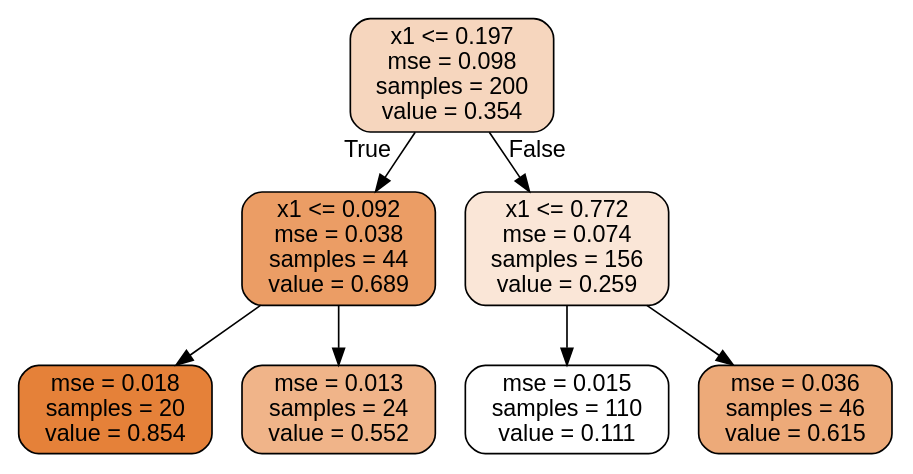
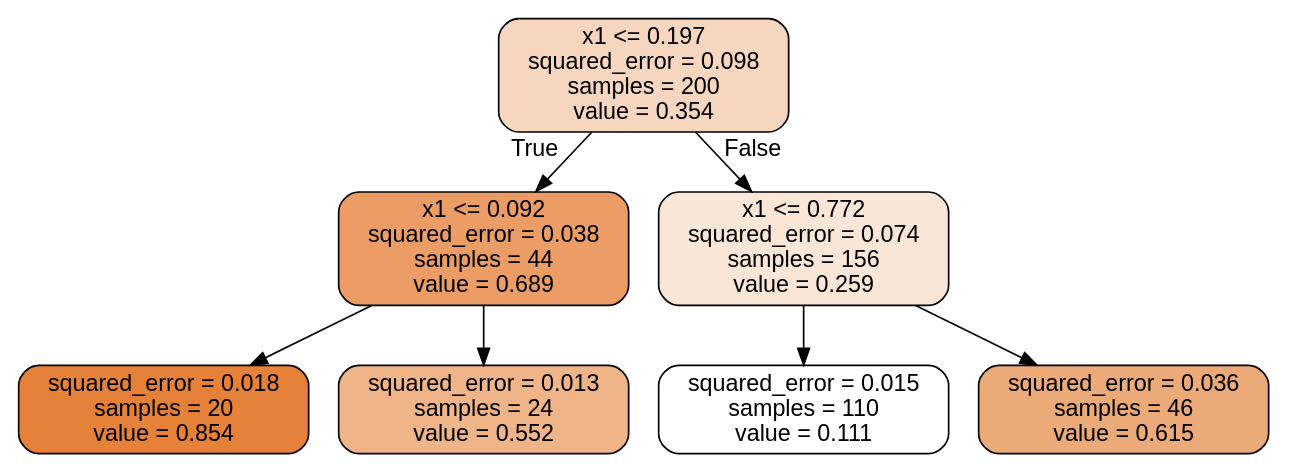
One commit to jy12060026ai/excss-stats changed the diagram in handson/data/reg_tree.dot. Above: the diagram before and after it, drawn with Graphviz. The commit also changed 3 other files, not shown here.

```diff
--- a/handson/data/reg_tree.dot
+++ b/handson/data/reg_tree.dot
@@ -1,17 +1,17 @@
 digraph Tree {
-node [shape=box, style="filled, rounded", color="black", fontname=helvetica] ;
-edge [fontname=helvetica] ;
-0 [label="x1 <= 0.197\nmse = 0.098\nsamples = 200\nvalue = 0.354", fillcolor="#f6d6be"] ;
-1 [label="x1 <= 0.092\nmse = 0.038\nsamples = 44\nvalue = 0.689", fillcolor="#eb9d65"] ;
+node [shape=box, style="filled, rounded", color="black", fontname="helvetica"] ;
+edge [fontname="helvetica"] ;
+0 [label="x1 <= 0.197\nsquared_error = 0.098\nsamples = 200\nvalue = 0.354", fillcolor="#f6d6be"] ;
+1 [label="x1 <= 0.092\nsquared_error = 0.038\nsamples = 44\nvalue = 0.689", fillcolor="#eb9d65"] ;
 0 -> 1 [labeldistance=2.5, labelangle=45, headlabel="True"] ;
-2 [label="mse = 0.018\nsamples = 20\nvalue = 0.854", fillcolor="#e58139"] ;
+2 [label="squared_error = 0.018\nsamples = 20\nvalue = 0.854", fillcolor="#e58139"] ;
 1 -> 2 ;
-3 [label="mse = 0.013\nsamples = 24\nvalue = 0.552", fillcolor="#f0b489"] ;
+3 [label="squared_error = 0.013\nsamples = 24\nvalue = 0.552", fillcolor="#f0b489"] ;
 1 -> 3 ;
-4 [label="x1 <= 0.772\nmse = 0.074\nsamples = 156\nvalue = 0.259", fillcolor="#fae6d7"] ;
+4 [label="x1 <= 0.772\nsquared_error = 0.074\nsamples = 156\nvalue = 0.259", fillcolor="#fae6d7"] ;
 0 -> 4 [labeldistance=2.5, labelangle=-45, headlabel="False"] ;
-5 [label="mse = 0.015\nsamples = 110\nvalue = 0.111", fillcolor="#ffffff"] ;
+5 [label="squared_error = 0.015\nsamples = 110\nvalue = 0.111", fillcolor="#ffffff"] ;
 4 -> 5 ;
-6 [label="mse = 0.036\nsamples = 46\nvalue = 0.615", fillcolor="#edaa79"] ;
+6 [label="squared_error = 0.036\nsamples = 46\nvalue = 0.615", fillcolor="#edaa79"] ;
 4 -> 6 ;
 }
```
